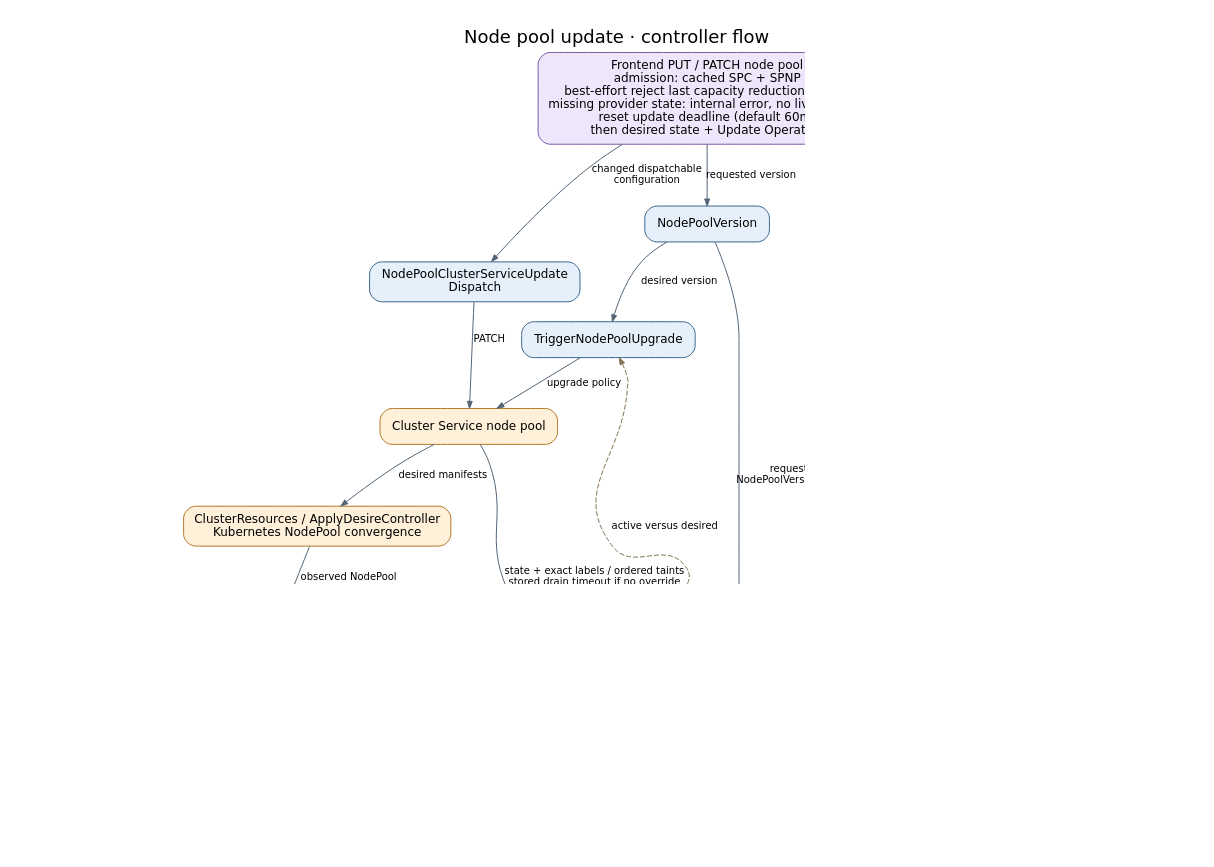
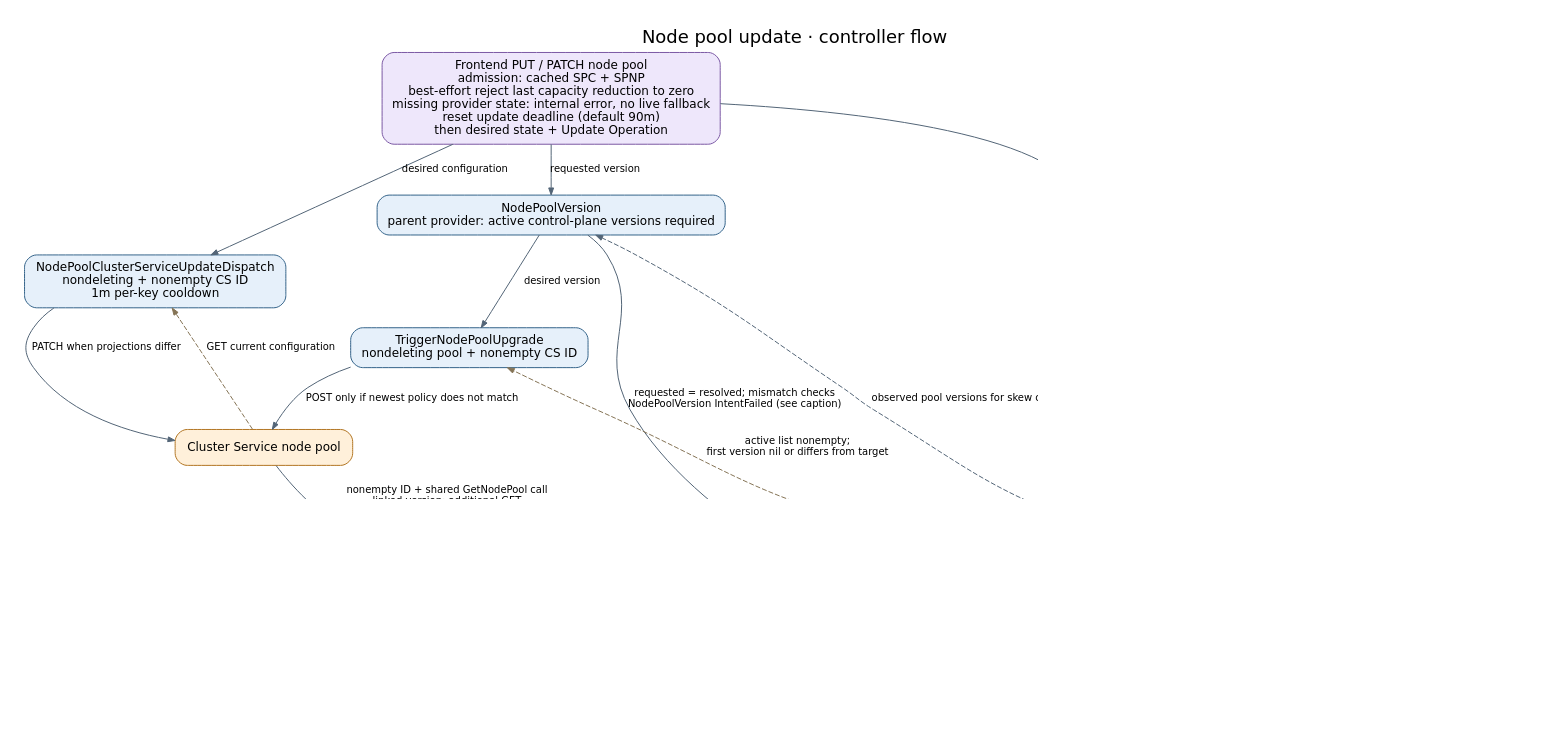
Before and after one commit to Azure/ARO-HCP: the diagram in docs/generated/diagrams/controller-flows/nodepool-update.dot, drawn with Graphviz. The commit also changed 48 other files, not shown here.

Commit message:
docs: sync the service-provider controller flow reference

```diff
--- a/docs/generated/diagrams/controller-flows/nodepool-update.dot
+++ b/docs/generated/diagrams/controller-flows/nodepool-update.dot
@@ -1,32 +1,35 @@
 digraph nodepool_update {
   graph [rankdir=TB, bgcolor="white", pad="0.3", nodesep="0.4", ranksep="0.55", fontname="DejaVu Sans", fontsize=18, labelloc=t, label="Node pool update · controller flow", dpi=110];
   node [shape=box, style="rounded,filled", fillcolor="#e6f0fa", color="#35648a", fontname="DejaVu Sans", fontsize=12, margin="0.16,0.10"];
   edge [color="#536577", fontname="DejaVu Sans", fontsize=10, arrowsize=0.7];
-  api [label="Frontend PUT / PATCH node pool\nadmission: cached SPC + SPNP\nbest-effort reject last capacity reduction to zero\nmissing provider state: internal error, no live fallback\nreset update deadline (default 60m)\nthen desired state + Update Operation", fillcolor="#eee7fb", color="#7b59a4"];
-  dispatch [label="NodePoolClusterServiceUpdate\nDispatch", fillcolor="#e6f0fa", color="#35648a"];
-  version [label="NodePoolVersion", fillcolor="#e6f0fa", color="#35648a"];
-  upgrade [label="TriggerNodePoolUpgrade", fillcolor="#e6f0fa", color="#35648a"];
+  api [label="Frontend PUT / PATCH node pool\nadmission: cached SPC + SPNP\nbest-effort reject last capacity reduction to zero\nmissing provider state: internal error, no live fallback\nreset update deadline (default 90m)\nthen desired state + Update Operation", fillcolor="#eee7fb", color="#7b59a4"];
+  dispatch [label="NodePoolClusterServiceUpdateDispatch\nnondeleting + nonempty CS ID\n1m per-key cooldown", fillcolor="#e6f0fa", color="#35648a"];
+  version [label="NodePoolVersion\nparent provider: active control-plane versions required", fillcolor="#e6f0fa", color="#35648a"];
+  upgrade [label="TriggerNodePoolUpgrade\nnondeleting pool + nonempty CS ID", fillcolor="#e6f0fa", color="#35648a"];
   cs [label="Cluster Service node pool", fillcolor="#fff0da", color="#b27624"];
   kube [label="ClusterResources / ApplyDesireController\nKubernetes NodePool convergence", fillcolor="#fff0da", color="#b27624"];
   mirror [label="ReadDesireKubernetesController", fillcolor="#e6f0fa", color="#35648a"];
   active [label="NodePoolActiveVersions", fillcolor="#e6f0fa", color="#35648a"];
-  op [label="OperationNodePoolUpdate\nmatching operation; nondeleting + CS ID\nno direct installed-version gate", fillcolor="#e6f0fa", color="#35648a"];
+  op [label="OperationNodePoolUpdate\nmatching operation + nondeleting pool\nAND: version resolution + CS status + CS spec\n+ mirrored NodePool spec/status\nno direct installed-version gate", fillcolor="#e6f0fa", color="#35648a"];
   done [label="ARM operation terminal state", fillcolor="#e4f2e5", color="#4c8053"];
-  api -> dispatch [label="changed dispatchable\nconfiguration"];
+  api -> dispatch [label="desired configuration"];
   api -> version [label="requested version"];
   version -> upgrade [label="desired version"];
-  version -> op [label="requested / resolved equality; mismatch:\nNodePoolVersion IntentFailed + conditional 129s timer"];
-  dispatch -> cs [label="PATCH"];
-  upgrade -> cs [label="upgrade policy"];
-  cs -> kube [label="desired manifests"];
+  version -> op [label="requested = resolved; mismatch checks\nNodePoolVersion IntentFailed (see caption)"];
+  cs -> dispatch [label="GET current configuration", style=dashed, color="#857456", constraint=false];
+  dispatch -> cs [label="PATCH when projections differ"];
+  upgrade -> cs [label="POST only if newest policy does not match"];
+  manifests [label="Cluster Service parent cluster\nresource manifest endpoint", fillcolor="#fff0da", color="#b27624"];
+  manifests -> kube [label="poll using parent CS ID\nand observed placement"];
   kube -> mirror [label="observed NodePool"];
   mirror -> active [label="observed version"];
   api -> op [label="UpdateOperationCompletionDeadline"];
-  cs -> op [label="state + exact labels / ordered taints\nstored drain timeout if no override"];
-  mirror -> op [label="label / taint subsets + scaling / drain spec\nreplicas + health (skip health at fixed zero)"];
-  op -> done [label="completion / failure checks;\npending past deadline: selected code + reasons;\nonly InternalServerError becomes DeadlineExceeded"];
+  cs -> op [label="nonempty ID + shared GetNodePool call\nlinked version: additional GET\nmissing ID / 404: all three Updating\nCS state, exact labels and ordered taints"];
+  mirror -> op [label="retained mirror: label values + taint subset, scaling\ndrain: customer override or stored CS timeout\nreplicas + health (skip health at fixed zero)"];
+  op -> done [label="completion / failure checks;\npending / observation error past deadline: fail;\nfully observed terminal result wins; see deadline table"];
   observed [label="Customer resource Status.ActiveVersions\nfull OCP versions", fillcolor="#e4f2e5", color="#4c8053"];
   active -> observed [label="separate Cosmos replace"];
-  active -> upgrade [label="active versus desired", style=dashed, color="#857456", constraint=false];
+  active -> version [label="observed pool versions for skew check", style=dashed, constraint=false];
+  active -> upgrade [label="active list nonempty;\nfirst version nil or differs from target", style=dashed, color="#857456", constraint=false];
   op -> op [label="pending: poll again", style=dashed, color="#857456", constraint=false];
 }
```
